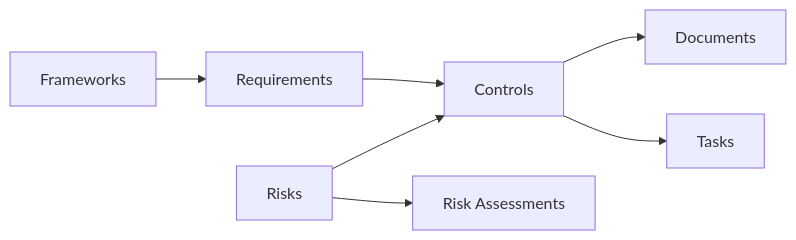
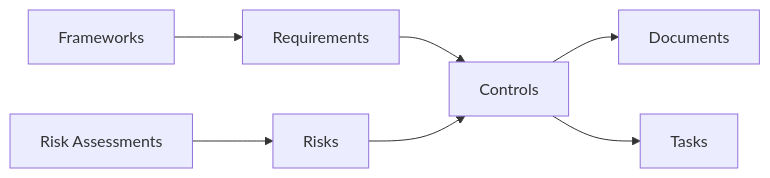
Before and after one commit to tekve/gover-docs: the diagram in docs/getting-started/intro.md, drawn with Mermaid. The commit also changed 2 other files, not shown here.

Commit message:
Fix mermaid diagrams and translate 'Edit this page'

````diff
--- a/docs/getting-started/intro.md
+++ b/docs/getting-started/intro.md
@@ -15,9 +15,9 @@
 ```mermaid
 flowchart LR
     F[Frameworks] --> R[Requirements]
     R --> C[Controls]
     C --> D[Documents]
     C --> T[Tasks]
     RI[Risks] --> C
-    RI --> RA[Risk Assessments]
+    RA[Risk Assessments] --> RI
 ```
````
